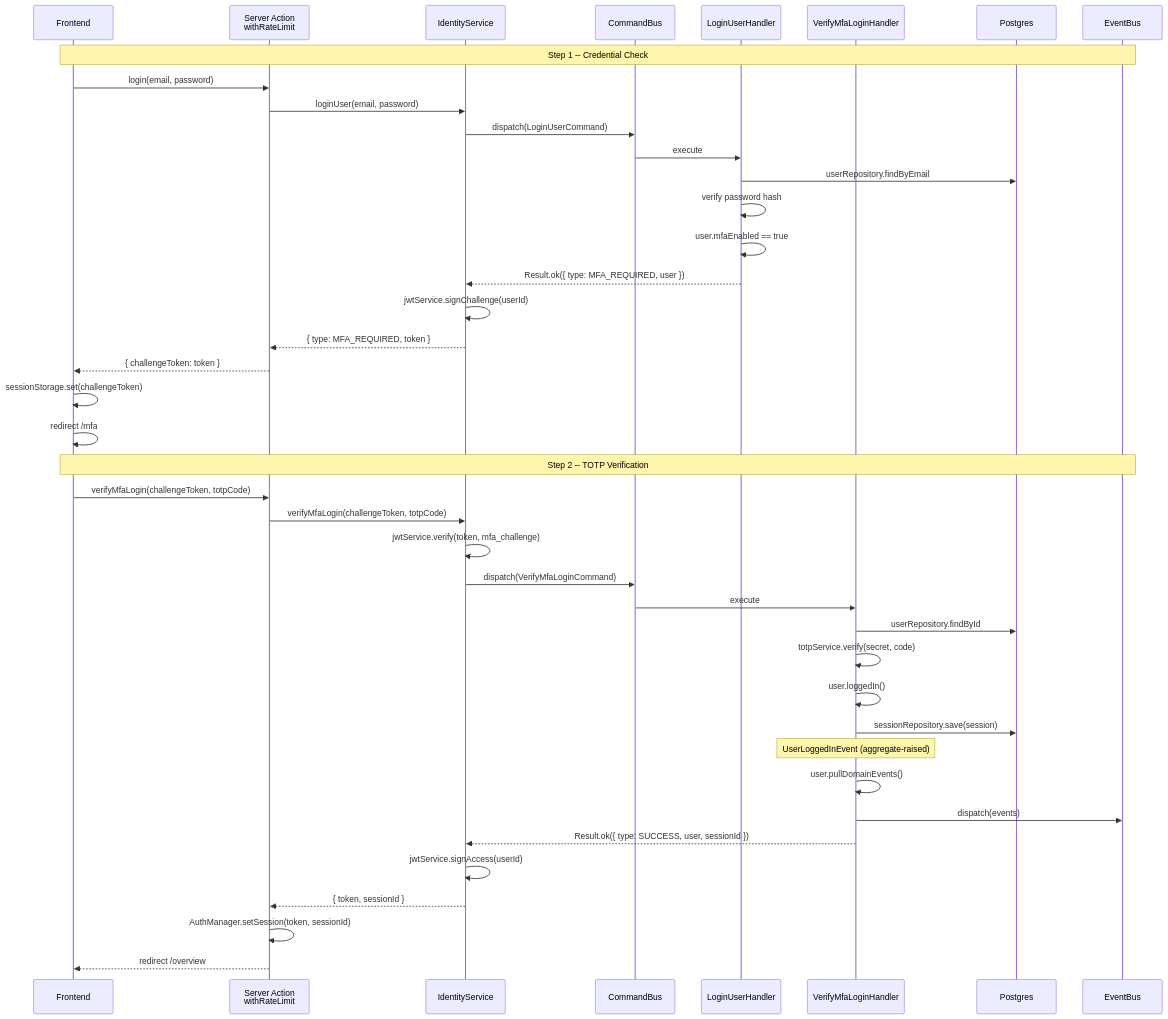
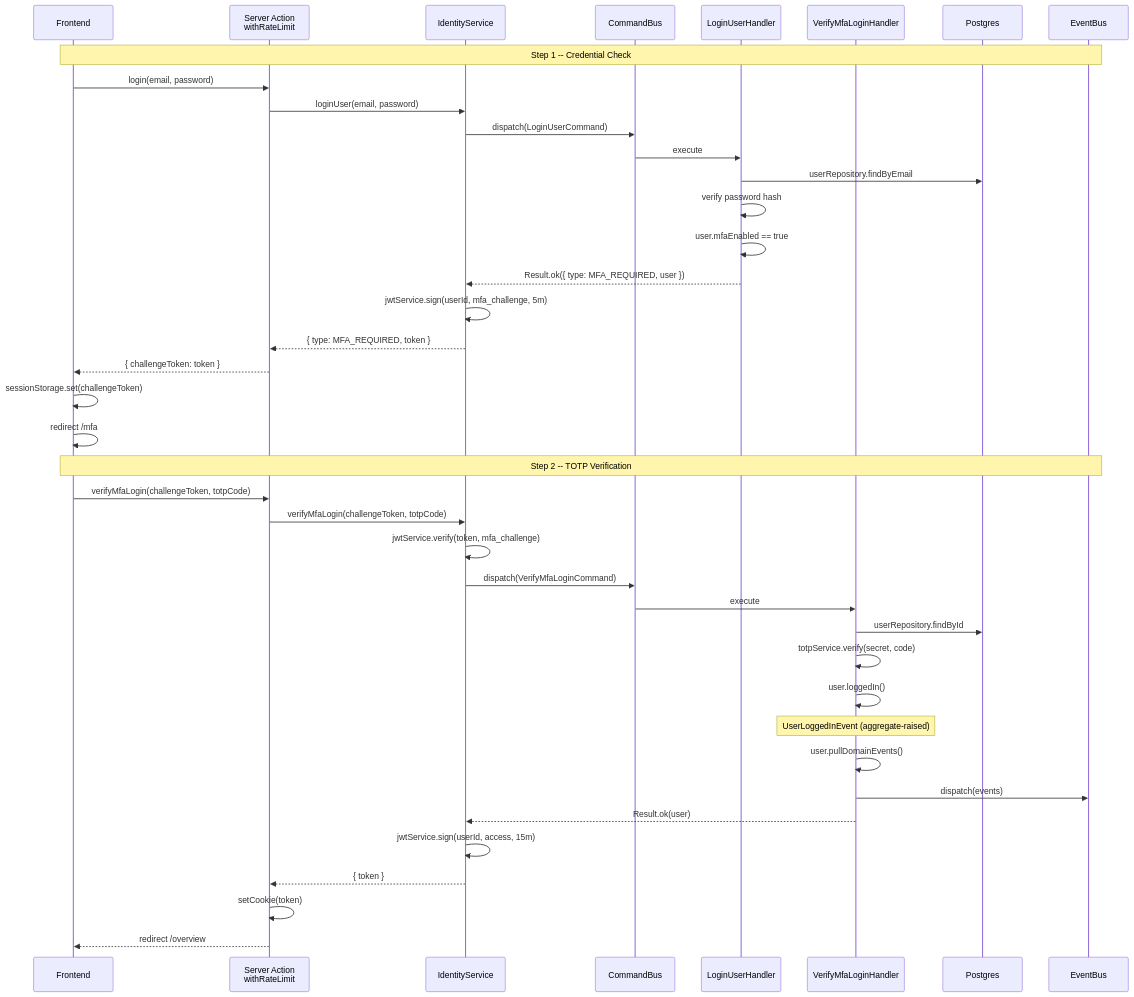
The seventh of 10 diagrams in docs/flows.md (ctsmith2308/ledger), drawn with Mermaid before and after one commit. The commit also changed other lines of this file and 67 other files, not shown here.

````diff
--- a/docs/flows.md
+++ b/docs/flows.md
@@ -232,45 +231,44 @@
 ```mermaid
 sequenceDiagram
     participant UI as Frontend
     participant SA as Server Action<br/>withRateLimit
     participant SVC as IdentityService
     participant CB as CommandBus
     participant LH as LoginUserHandler
     participant VH as VerifyMfaLoginHandler
     participant DB as Postgres
     participant EB as EventBus
 
     Note over UI,EB: Step 1 -- Credential Check
     UI->>SA: login(email, password)
     SA->>SVC: loginUser(email, password)
     SVC->>CB: dispatch(LoginUserCommand)
     CB->>LH: execute
     LH->>DB: userRepository.findByEmail
     LH->>LH: verify password hash
     LH->>LH: user.mfaEnabled == true
     LH-->>SVC: Result.ok({ type: MFA_REQUIRED, user })
-    SVC->>SVC: jwtService.signChallenge(userId)
+    SVC->>SVC: jwtService.sign(userId, mfa_challenge, 5m)
     SVC-->>SA: { type: MFA_REQUIRED, token }
     SA-->>UI: { challengeToken: token }
     UI->>UI: sessionStorage.set(challengeToken)
     UI->>UI: redirect /mfa
 
     Note over UI,EB: Step 2 -- TOTP Verification
     UI->>SA: verifyMfaLogin(challengeToken, totpCode)
     SA->>SVC: verifyMfaLogin(challengeToken, totpCode)
     SVC->>SVC: jwtService.verify(token, mfa_challenge)
     SVC->>CB: dispatch(VerifyMfaLoginCommand)
     CB->>VH: execute
     VH->>DB: userRepository.findById
     VH->>VH: totpService.verify(secret, code)
     VH->>VH: user.loggedIn()
-    VH->>DB: sessionRepository.save(session)
     Note over VH: UserLoggedInEvent (aggregate-raised)
     VH->>VH: user.pullDomainEvents()
     VH->>EB: dispatch(events)
-    VH-->>SVC: Result.ok({ type: SUCCESS, user, sessionId })
-    SVC->>SVC: jwtService.signAccess(userId)
-    SVC-->>SA: { token, sessionId }
-    SA->>SA: AuthManager.setSession(token, sessionId)
+    VH-->>SVC: Result.ok(user)
+    SVC->>SVC: jwtService.sign(userId, access, 15m)
+    SVC-->>SA: { token }
+    SA->>SA: setCookie(token)
     SA-->>UI: redirect /overview
 ```
````
